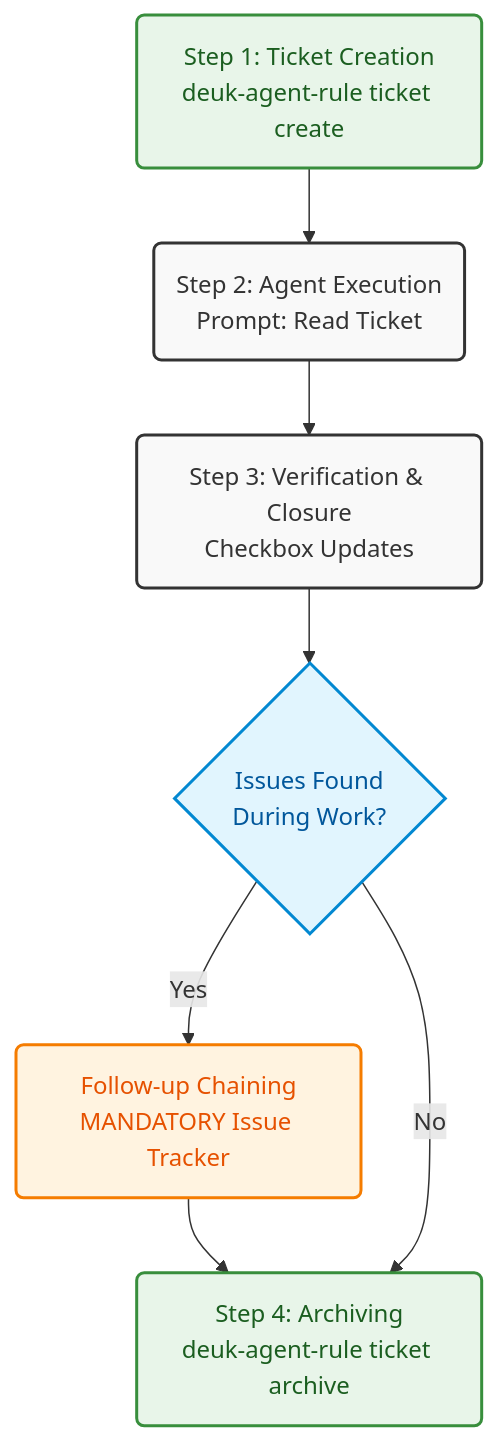
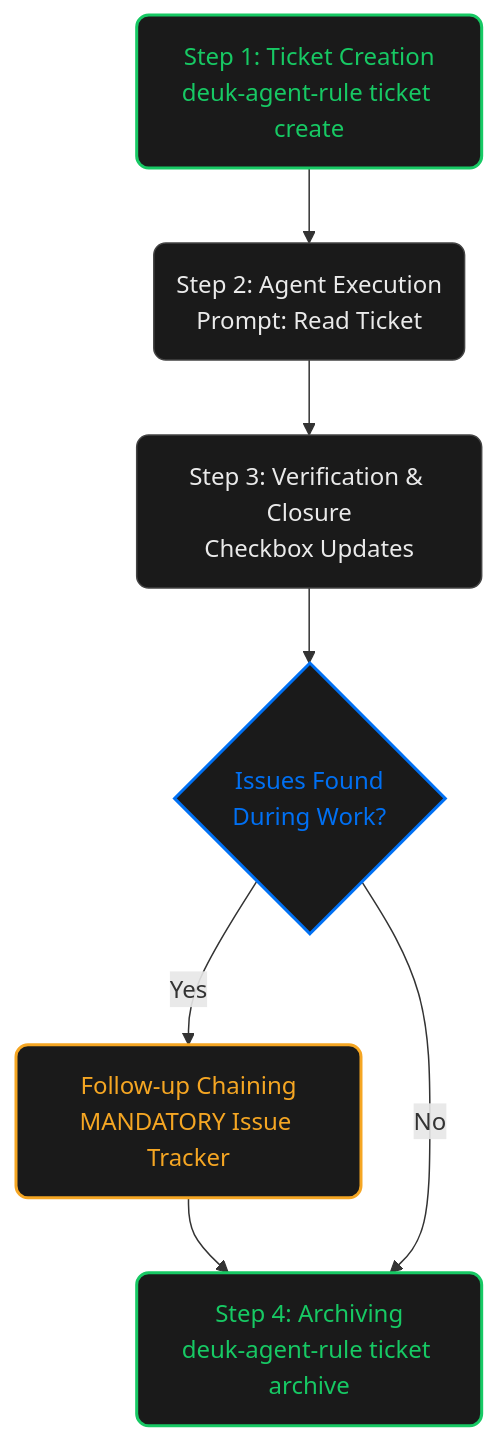
One commit to joygram/DeukAgentRules changed the diagram in README.ko.md. Above: the diagram before and after it, drawn with Mermaid. The commit also changed 1 other file, not shown here.

Commit message:
docs: redesign mermaid diagrams with a modern dark theme aesthetic

````diff
--- a/README.ko.md
+++ b/README.ko.md
@@ -86,16 +86,16 @@
 ```mermaid
 graph TD
-    classDef phase fill:#f9f9f9,stroke:#333,stroke-width:2px,color:#333;
-    classDef decision fill:#e1f5fe,stroke:#0288d1,stroke-width:2px,color:#01579b;
-    classDef action fill:#e8f5e9,stroke:#388e3c,stroke-width:2px,color:#1b5e20;
-    classDef highlight fill:#fff3e0,stroke:#f57c00,stroke-width:2px,color:#e65100;
+    classDef phase fill:#1A1A1A,stroke:#444444,stroke-width:1px,color:#EAEAEA,rx:8px,ry:8px;
+    classDef decision fill:#1A1A1A,stroke:#0070F3,stroke-width:2px,color:#0070F3,rx:8px,ry:8px;
+    classDef action fill:#1A1A1A,stroke:#17C964,stroke-width:2px,color:#17C964,rx:8px,ry:8px;
+    classDef highlight fill:#1A1A1A,stroke:#F5A623,stroke-width:2px,color:#F5A623,rx:8px,ry:8px;
 
     A(Step 1: Ticket Creation<br>deuk-agent-rule ticket create):::action --> B(Step 2: Agent Execution<br>Prompt: Read Ticket):::phase
     B --> C(Step 3: Verification & Closure<br>Checkbox Updates):::phase
     
     C --> D{Issues Found<br>During Work?}:::decision
     
     D -->|Yes| E(Follow-up Chaining<br>MANDATORY Issue Tracker):::highlight
     E --> F(Step 4: Archiving<br>deuk-agent-rule ticket archive):::action
     D -->|No| F
 ```
````
